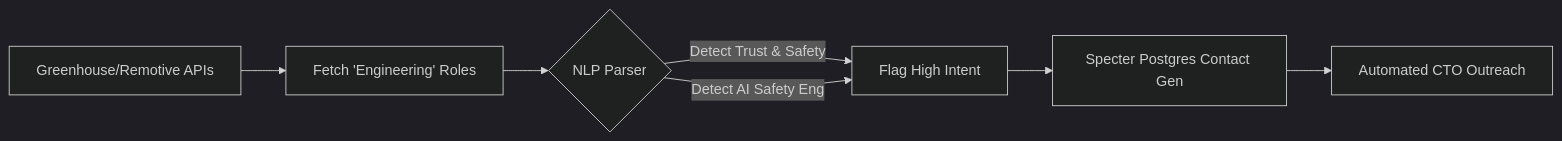
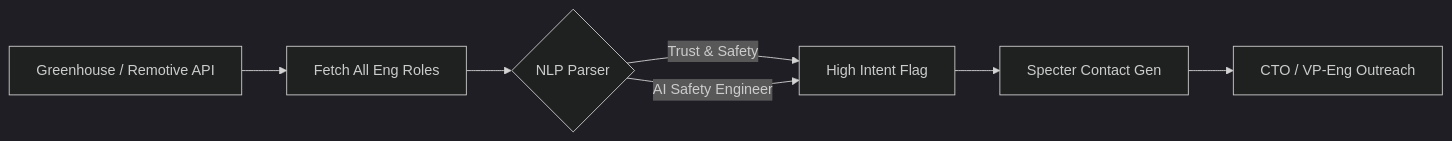
The fifth of 7 diagrams in presentation/white_circle_prezi.md (frankterpo/mermaidchart_prezi), drawn with Mermaid (dark theme) before and after one commit. The commit also changed other lines of this file, not shown here.

````diff
--- a/presentation/white_circle_prezi.md
+++ b/presentation/white_circle_prezi.md
@@ -272,9 +248,9 @@
 ```mermaid
 flowchart LR
-    A[Greenhouse/Remotive APIs] --> B[Fetch 'Engineering' Roles]
+    A[Greenhouse / Remotive API] --> B[Fetch All Eng Roles]
     B --> C{NLP Parser}
-    C -->|Detect Trust & Safety| D[Flag High Intent]
-    C -->|Detect AI Safety Eng| D
-    D --> E[Specter Postgres Contact Gen]
-    E --> F[Automated CTO Outreach]
+    C -->|Trust & Safety| D[High Intent Flag]
+    C -->|AI Safety Engineer| D
+    D --> E[Specter Contact Gen]
+    E --> F[CTO / VP-Eng Outreach]
 ```
````
